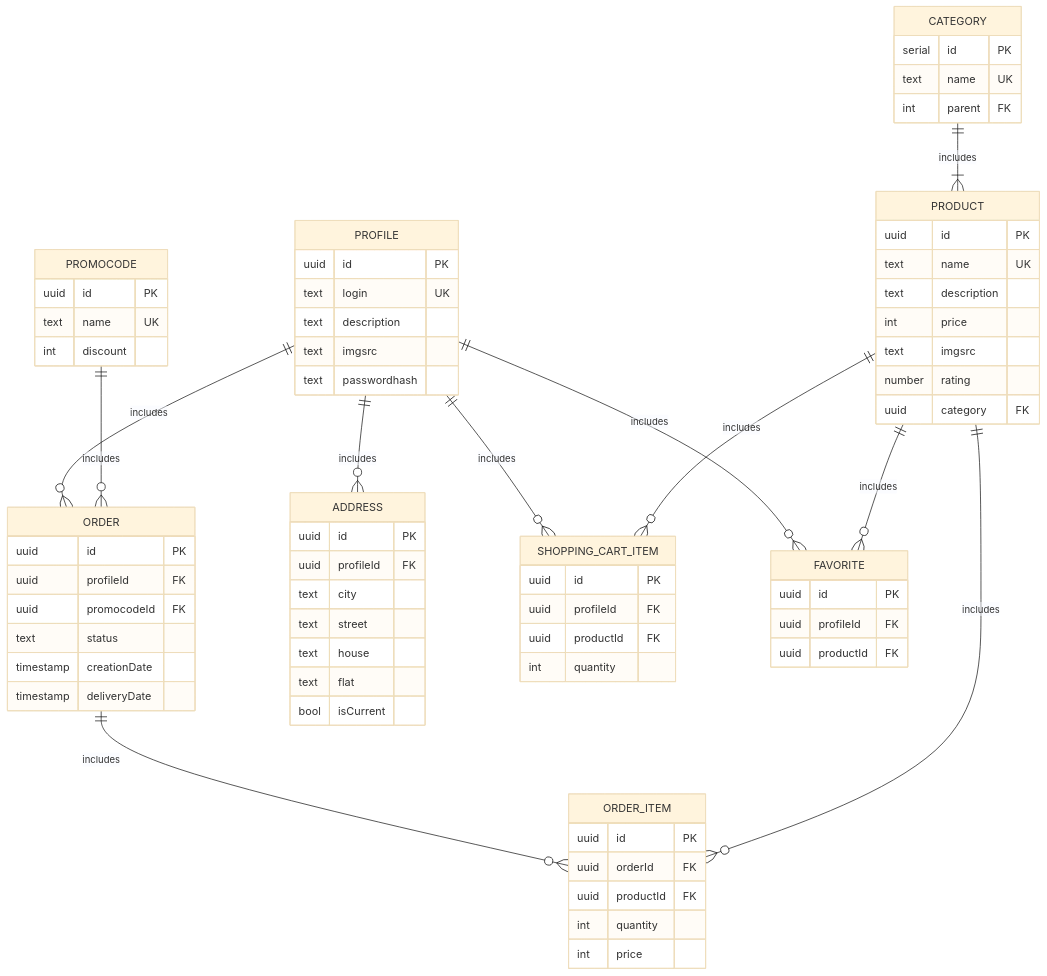
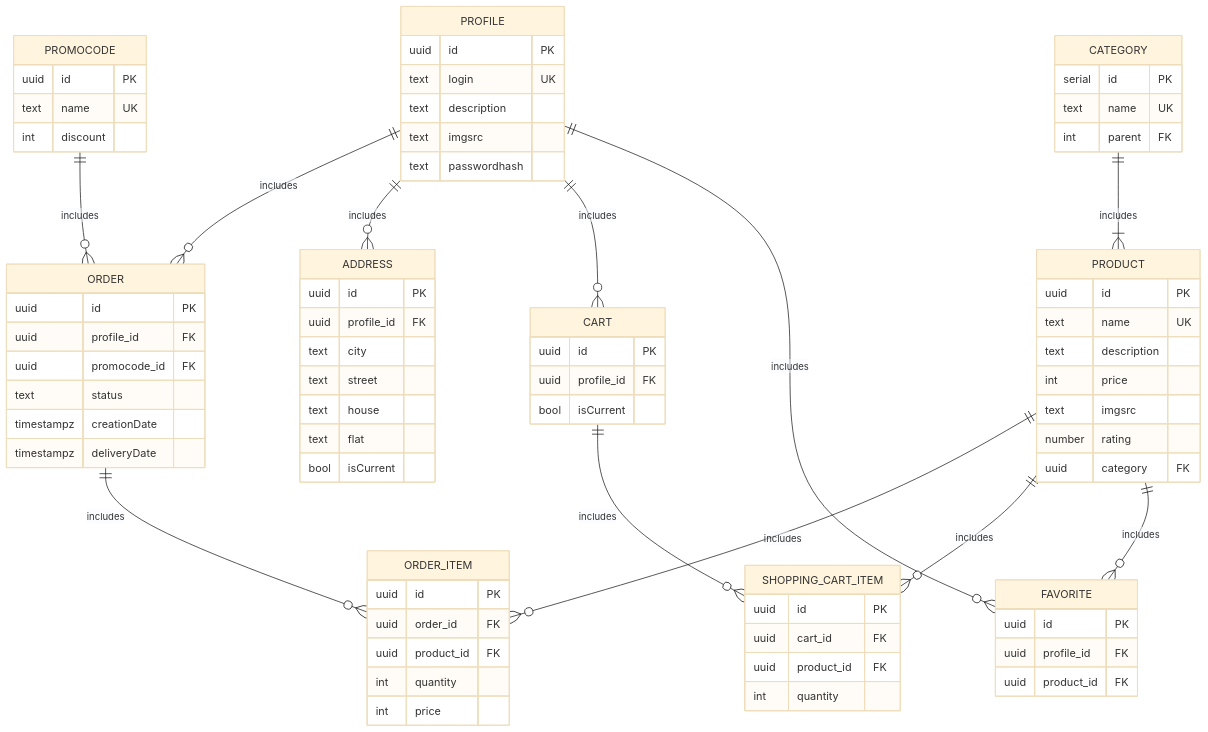
One commit to go-park-mail-ru/2023_2_potatiki changed the diagram in db/normalized/relations.md. Above: the diagram before and after it, drawn with Mermaid (base theme). The commit also changed other lines of this file and 2 other files, not shown here.

```diff
--- a/db/normalized/relations.md
+++ b/db/normalized/relations.md
@@ -86,7 +86,7 @@
 erDiagram
   PROFILE ||--o{ ORDER : includes
   PROFILE ||--o{ ADDRESS : includes
-  PROFILE ||--o{ SHOPPING_CART_ITEM : includes
+  PROFILE ||--o{ CART : includes
   PROFILE ||--o{ FAVORITE : includes
 
   PROMOCODE ||--o{ ORDER : includes
@@ -96,6 +96,7 @@
   PRODUCT ||--o{ SHOPPING_CART_ITEM : includes
   CATEGORY ||--|{ PRODUCT : includes
   PRODUCT ||--o{ FAVORITE : includes
+  CART ||--o{ SHOPPING_CART_ITEM : includes
 
   PROFILE {
     uuid id PK
@@ -117,30 +118,30 @@
 
   FAVORITE {
     uuid id PK
-    uuid profileId FK
-    uuid productId FK
+    uuid profile_id FK
+    uuid product_id FK
   }
 
   ORDER {
     uuid id PK
-    uuid profileId FK
-    uuid promocodeId FK
+    uuid profile_id FK
+    uuid promocode_id FK
     text status
-    timestamp creationDate
-    timestamp deliveryDate
+    timestampz creationDate
+    timestampz deliveryDate
   }
 
   ORDER_ITEM {
     uuid id PK
-    uuid orderId FK
-    uuid productId FK
+    uuid order_id FK
+    uuid product_id FK
     int quantity
     int price
   }
 
   ADDRESS {
     uuid id PK
-    uuid profileId FK
+    uuid profile_id FK
     text city
     text street
     text house
@@ -154,10 +155,16 @@
     int parent FK
   }
 
+  CART {
+    uuid id PK
+    uuid profile_id FK
+    bool isCurrent
+  }
+  
   SHOPPING_CART_ITEM {
     uuid id PK
-    uuid profileId FK
-    uuid productId FK
+    uuid cart_id FK
+    uuid product_id FK
     int quantity
   }
 
```
